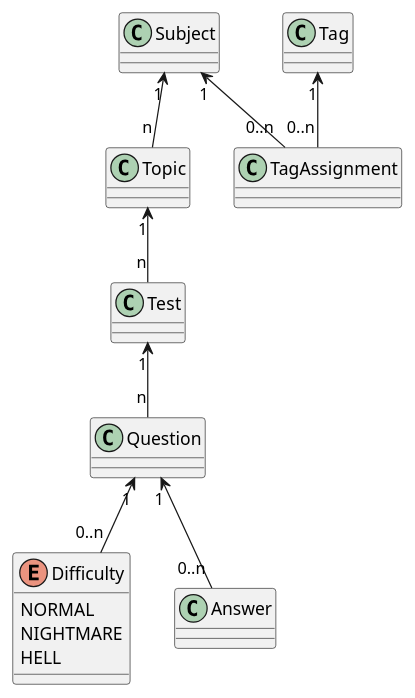
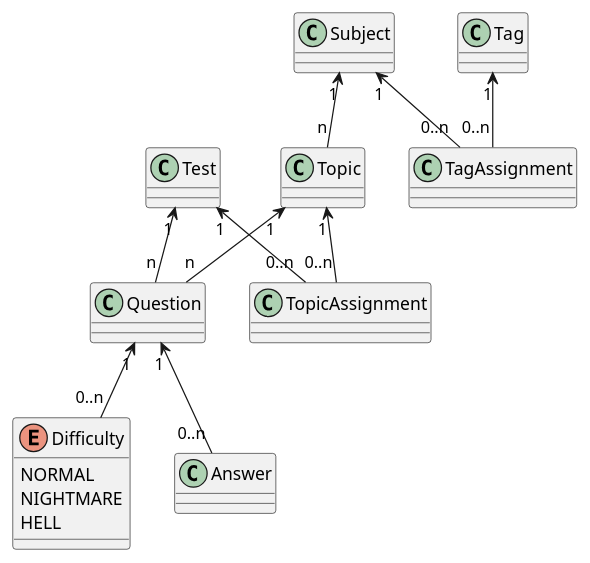
Before and after one commit to Inza/ror-plantation-v2: the diagram in README.md, drawn with PlantUML.

Commit message:
Adjust UML in README

````diff
--- a/README.md
+++ b/README.md
@@ -22,18 +22,22 @@
 ```plantuml
 @startuml
 enum Difficulty {
   NORMAL
   NIGHTMARE
   HELL
 }
 
 Subject "1" <-- "n" Topic
-Topic "1" <-- "n" Test
+
+Topic "1" <-- "0..n" TopicAssignment
+Test "1" <-- "0..n" TopicAssignment
+
 Test "1" <-- "n" Question
+Topic "1" <-- "n" Question
 Question "1" <-- "0..n" Answer
 Question "1" <-- "0..n" Difficulty
 
 Tag "1" <-- "0..n" TagAssignment
 Subject "1" <-- "0..n" TagAssignment
 @enduml
 ```
````
